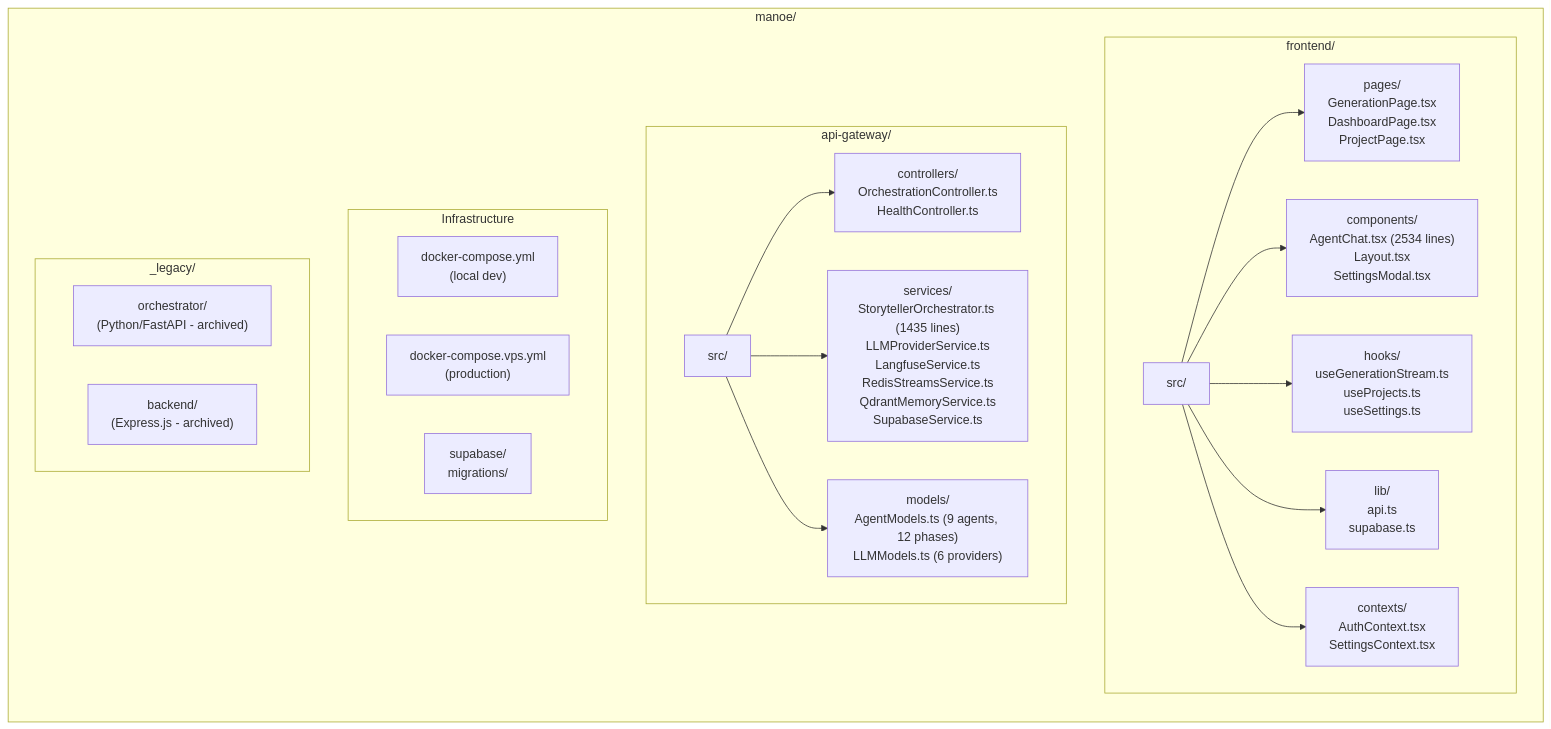
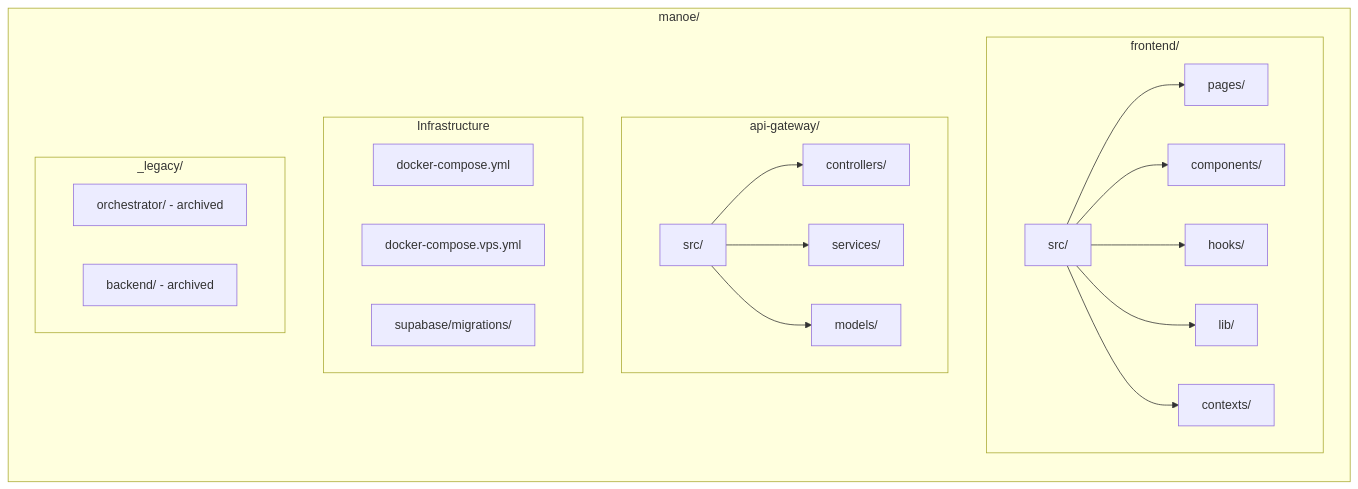
One commit to IShalkin/manoe changed the seventh of 9 diagrams in README.md. Above: the diagram before and after it, drawn with Mermaid. The commit also changed other lines of this file, not shown here.

First line of the commit message:
fix: Remove HTML br tags from Mermaid diagrams for GitHub compatibility

````diff
--- a/README.md
+++ b/README.md
@@ -375,43 +375,43 @@
 ```mermaid
 flowchart TB
     subgraph Root["manoe/"]
         direction TB
         
         subgraph Frontend["frontend/"]
             FE_src["src/"]
-            FE_pages["pages/<br/>GenerationPage.tsx<br/>DashboardPage.tsx<br/>ProjectPage.tsx"]
-            FE_components["components/<br/>AgentChat.tsx (2534 lines)<br/>Layout.tsx<br/>SettingsModal.tsx"]
-            FE_hooks["hooks/<br/>useGenerationStream.ts<br/>useProjects.ts<br/>useSettings.ts"]
-            FE_lib["lib/<br/>api.ts<br/>supabase.ts"]
-            FE_contexts["contexts/<br/>AuthContext.tsx<br/>SettingsContext.tsx"]
+            FE_pages["pages/"]
+            FE_components["components/"]
+            FE_hooks["hooks/"]
+            FE_lib["lib/"]
+            FE_contexts["contexts/"]
         end
         
         subgraph APIGateway["api-gateway/"]
             AG_src["src/"]
-            AG_controllers["controllers/<br/>OrchestrationController.ts<br/>HealthController.ts"]
-            AG_services["services/<br/>StorytellerOrchestrator.ts (1435 lines)<br/>LLMProviderService.ts<br/>LangfuseService.ts<br/>RedisStreamsService.ts<br/>QdrantMemoryService.ts<br/>SupabaseService.ts"]
-            AG_models["models/<br/>AgentModels.ts (9 agents, 12 phases)<br/>LLMModels.ts (6 providers)"]
+            AG_controllers["controllers/"]
+            AG_services["services/"]
+            AG_models["models/"]
         end
         
         subgraph Infra["Infrastructure"]
-            Docker["docker-compose.yml<br/>(local dev)"]
-            DockerVPS["docker-compose.vps.yml<br/>(production)"]
-            Supabase_Dir["supabase/<br/>migrations/"]
+            Docker["docker-compose.yml"]
+            DockerVPS["docker-compose.vps.yml"]
+            Supabase_Dir["supabase/migrations/"]
         end
         
         subgraph Legacy["_legacy/"]
-            LegacyOrch["orchestrator/<br/>(Python/FastAPI - archived)"]
-            LegacyBackend["backend/<br/>(Express.js - archived)"]
+            LegacyOrch["orchestrator/ - archived"]
+            LegacyBackend["backend/ - archived"]
         end
     end
     
     FE_src --> FE_pages
     FE_src --> FE_components
     FE_src --> FE_hooks
     FE_src --> FE_lib
     FE_src --> FE_contexts
     
     AG_src --> AG_controllers
     AG_src --> AG_services
     AG_src --> AG_models
 ```
````
